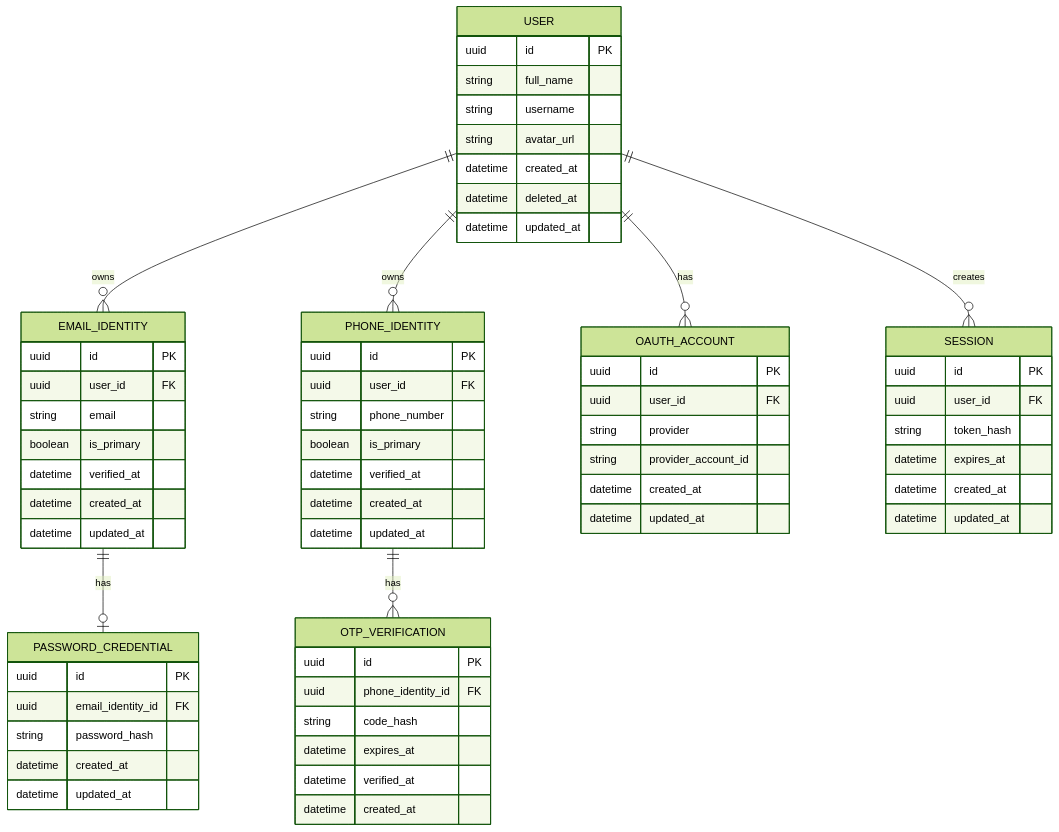
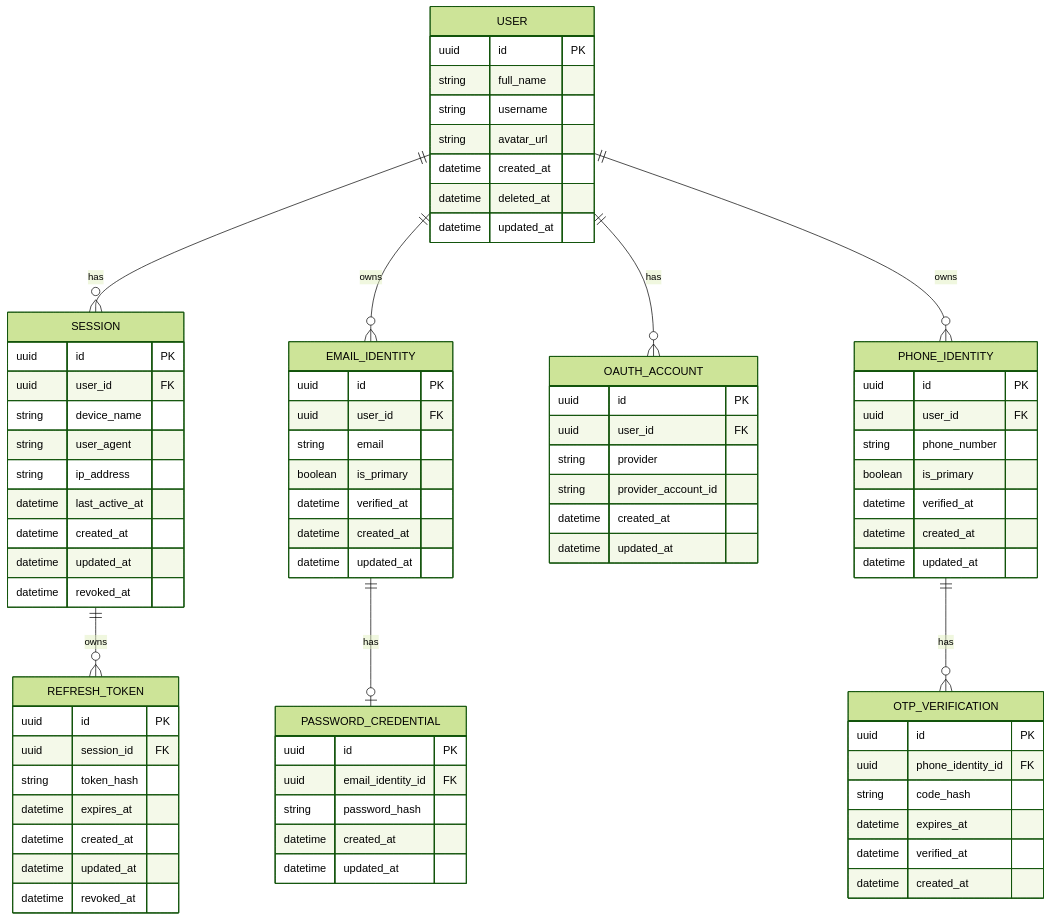
One commit to 10-menachi/events changed the diagram in docs/er-diagram.md. Above: the diagram before and after it, drawn with Mermaid (forest theme). The commit also changed 1 other file, not shown here.

Commit message:
Update Database Documents with Session Table Restructure

```diff
--- a/docs/er-diagram.md
+++ b/docs/er-diagram.md
@@ -62,14 +62,28 @@
     SESSION {
         uuid id PK
         uuid user_id FK
+        string device_name
+        string user_agent
+        string ip_address
+        datetime last_active_at
+        datetime created_at
+        datetime updated_at
+        datetime revoked_at
+    }
+
+    REFRESH_TOKEN {
+        uuid id PK
+        uuid session_id FK
         string token_hash
         datetime expires_at
         datetime created_at
         datetime updated_at
+        datetime revoked_at
     }
 
     USER ||--o{ OAUTH_ACCOUNT : has
-    USER ||--o{ SESSION : creates
+    USER ||--o{ SESSION : has
+    SESSION ||--o{ REFRESH_TOKEN : owns
 
     USER ||--o{ EMAIL_IDENTITY : owns
     USER ||--o{ PHONE_IDENTITY : owns
```
